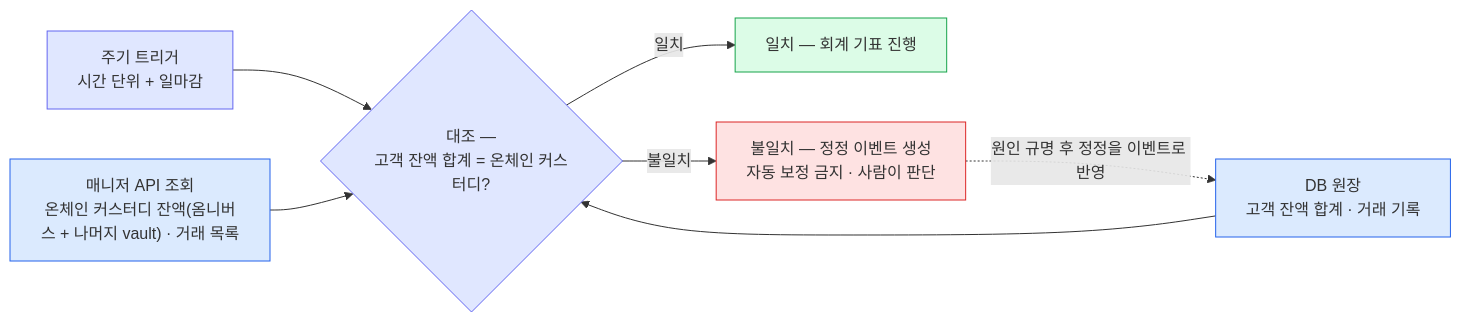
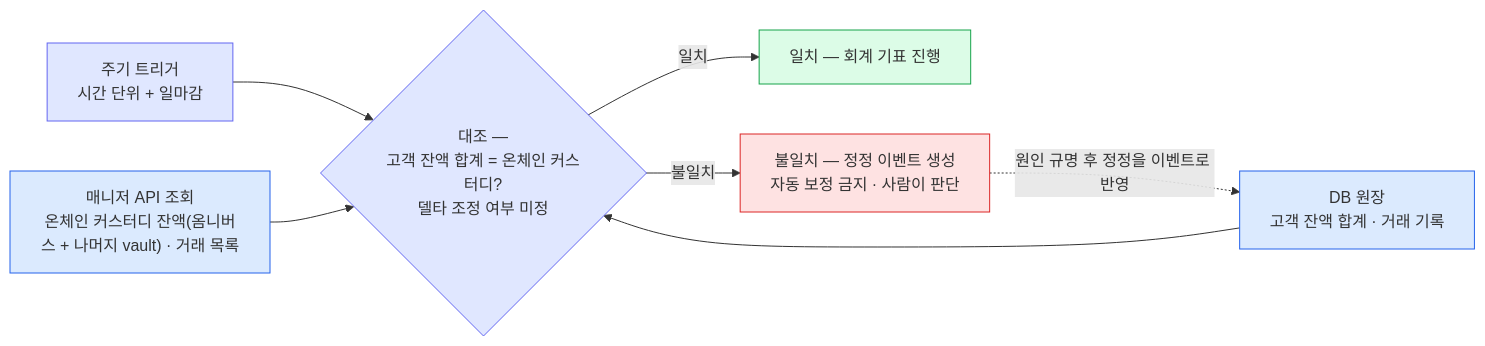
One commit to eunsujeo/eunpus changed the third of 3 diagrams in blockchain-manager/docs/블록체인매니저/설계/08-balance-history.md. Above: the diagram before and after it, drawn with Mermaid. The commit also changed other lines of this file and 3 other files, not shown here.

````diff
--- a/blockchain-manager/docs/블록체인매니저/설계/08-balance-history.md
+++ b/blockchain-manager/docs/블록체인매니저/설계/08-balance-history.md
@@ -137,25 +137,25 @@
 ```mermaid
 flowchart LR
     T["주기 트리거<br/>시간 단위 + 일마감"]
     L["DB 원장<br/>고객 잔액 합계 · 거래 기록"]
     V["매니저 API 조회<br/>온체인 커스터디 잔액(옴니버스 + 나머지 vault) · 거래 목록"]
-    C{"대조 —<br/>고객 잔액 합계 = 온체인 커스터디?"}
+    C{"대조 —<br/>고객 잔액 합계 = 온체인 커스터디?<br/>델타 조정 여부 미정"}
     OK["일치 — 회계 기표 진행"]
     NG["불일치 — 정정 이벤트 생성<br/>자동 보정 금지 · 사람이 판단"]
 
     T --> C
     L --> C
     V --> C
     C -->|일치| OK
     C -->|불일치| NG
     NG -.->|"원인 규명 후 정정을 이벤트로 반영"| L
 
     classDef trig fill:#e0e7ff,stroke:#6366f1;
     classDef src fill:#dbeafe,stroke:#2563eb;
     classDef good fill:#dcfce7,stroke:#16a34a;
     classDef bad fill:#fee2e2,stroke:#dc2626;
     class T,C trig
     class L,V src
     class OK good
     class NG bad
 ```
````
